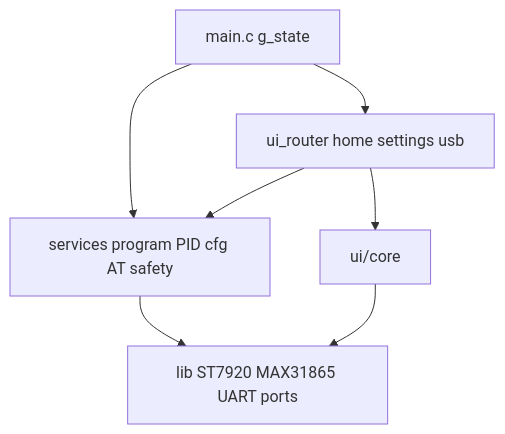
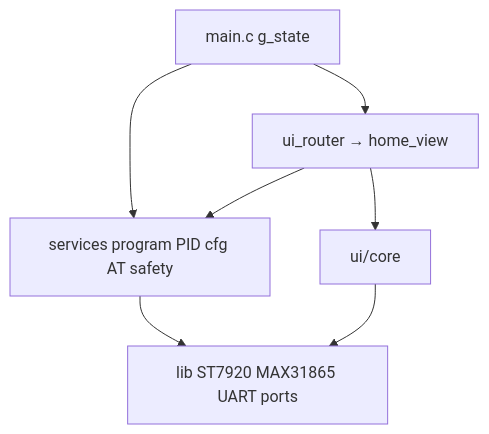
Before and after one commit to krisskira/smd-soldering-hotplate: the first of 3 diagrams in doc/architecture.md, drawn with Mermaid. The commit also changed other lines of this file and 28 other files, not shown here.

First line of the commit message:
refactor: remove settings view and update UI components for streamlined navigation

````diff
--- a/doc/architecture.md
+++ b/doc/architecture.md
@@ -39,14 +39,14 @@
 ```mermaid
 flowchart TB
   main["main.c g_state"]
-  shell["ui_router home settings usb"]
+  shell["ui_router → home_view"]
   coreUi["ui/core"]
   svc["services program PID cfg AT safety"]
   lib["lib ST7920 MAX31865 UART ports"]
   main --> shell
   main --> svc
   shell --> coreUi
   shell --> svc
   svc --> lib
   coreUi --> lib
 ```
````
